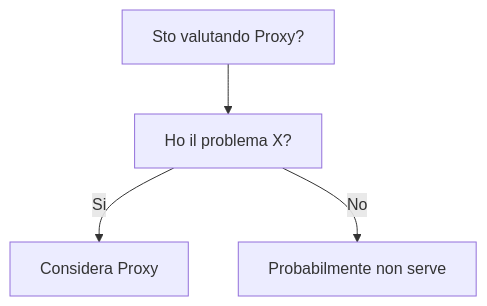
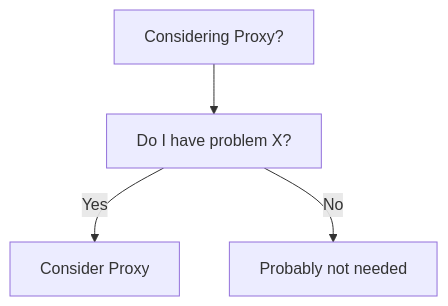
One commit to HxT9/Software-Dev-Wiki changed the diagram in dev-wiki/03_Design_Patterns/Structural/Proxy/When_To_Use.md. Above: the diagram before and after it, drawn with Mermaid. The commit also changed other lines of this file and 3444 other files, not shown here.

````diff
--- a/dev-wiki/03_Design_Patterns/Structural/Proxy/When_To_Use.md
+++ b/dev-wiki/03_Design_Patterns/Structural/Proxy/When_To_Use.md
@@ -19,6 +19,6 @@
 ```mermaid
 flowchart TD
-  Q[Sto valutando Proxy?] --> Q1[Ho il problema X?]
-  Q1 -->|Si| OK[Considera Proxy]
-  Q1 -->|No| NO[Probabilmente non serve]
+  Q[Considering Proxy?] --> Q1[Do I have problem X?]
+  Q1 -->|Yes| OK[Consider Proxy]
+  Q1 -->|No| NO[Probably not needed]
 ```
````
